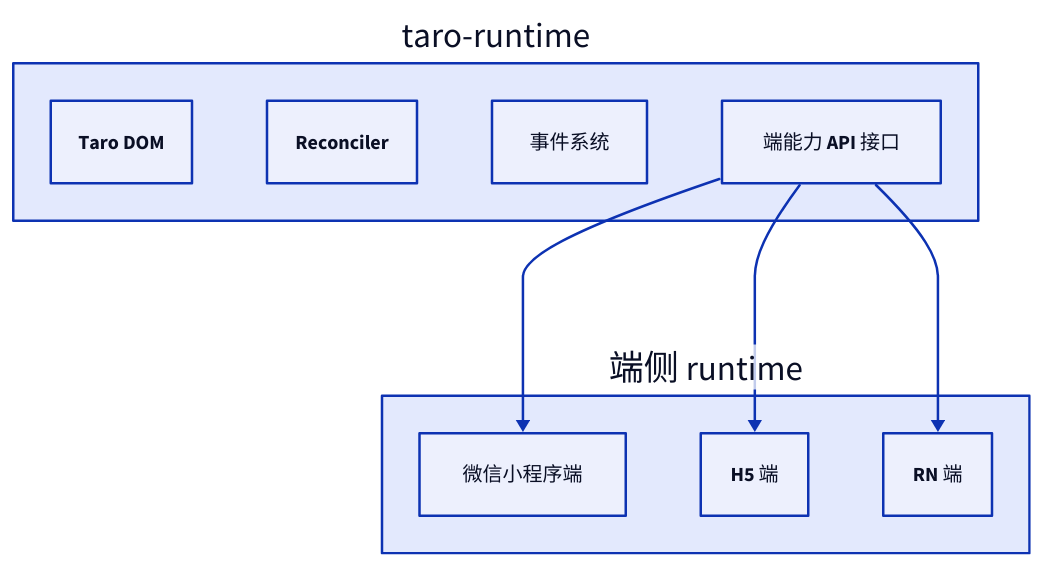
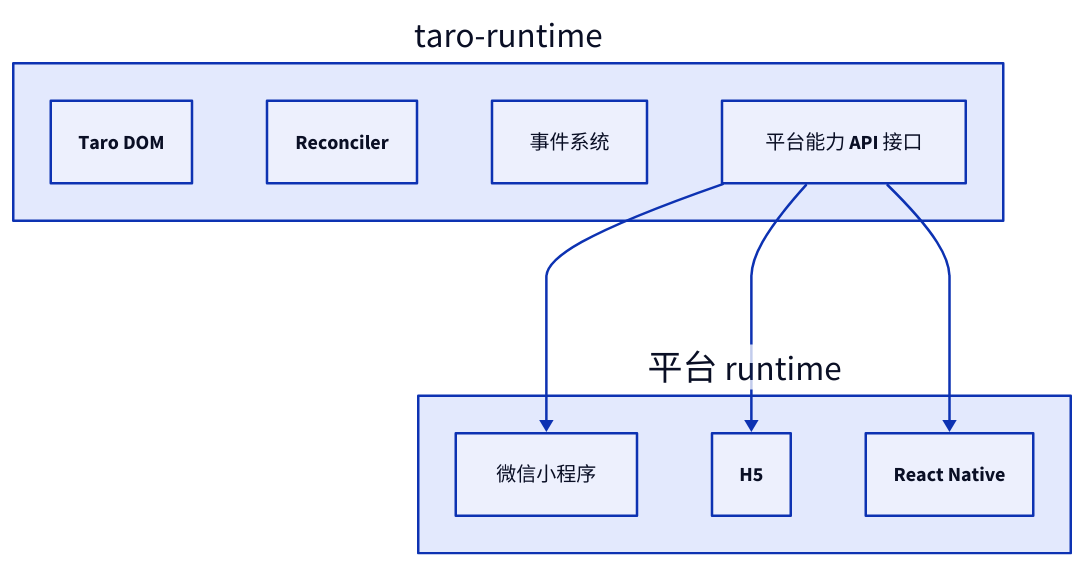
Before and after one commit to youngluo/thinking: diagram 11 of 16 in apps/docs/experiences/微信小程序/Taro 原理与实践.md, drawn with D2. The commit also changed other lines of this file and 1 other file, not shown here.

````diff
--- a/apps/docs/experiences/微信小程序/Taro 原理与实践.md
+++ b/apps/docs/experiences/微信小程序/Taro 原理与实践.md
@@ -436,24 +412,24 @@
 ```d2
 direction: down
 
 core: taro-runtime {
   class: group
 
   dom: Taro DOM
   reconcile: Reconciler
   event: 事件系统
-  api: 端能力 API 接口
+  api: 平台能力 API 接口
 }
 
-end: 端侧 runtime {
+end: 平台 runtime {
   class: group
 
-  weapp: 微信小程序端
-  h5: H5 端
-  rn: RN 端
+  weapp: 微信小程序
+  h5: H5
+  rn: React Native
 }
 
 core.api -> end.weapp
 core.api -> end.h5
 core.api -> end.rn
 ```
````
